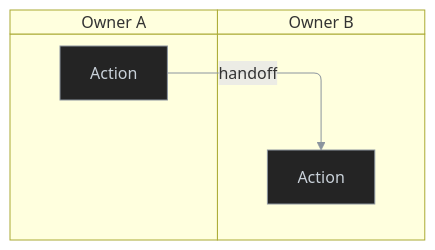
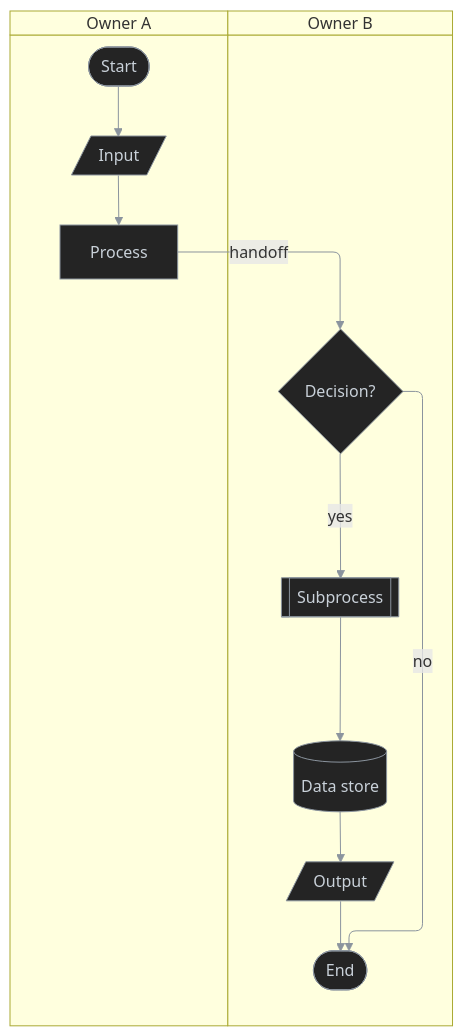
The fifth of 5 diagrams in plugins/wf/skills/behavior-diagram/templates/swimlane-diagram-template.md (antshc/brain), drawn with Mermaid before and after one commit. The commit also changed other lines of this file, not shown here.

Commit message:
Standardize swimlane flow shapes

````diff
--- a/plugins/wf/skills/behavior-diagram/templates/swimlane-diagram-template.md
+++ b/plugins/wf/skills/behavior-diagram/templates/swimlane-diagram-template.md
@@ -127,18 +136,26 @@
 ```mermaid
 %%{init: {'themeVariables': {'lineColor': '#8b949e'}}}%%
 swimlane-beta TB
   accTitle: Process responsibility
   accDescr: Shows responsibility handoffs in the process.
 
   subgraph ownerA [Owner A]
-    stepA[Action]
+    start([Start])
+    input[/Input/]
+    stepA[Process]
   end
 
   subgraph ownerB [Owner B]
-    stepB[Action]
+    decision{Decision?}
+    child[[Subprocess]]
+    store[(Data store)]
+    output[/Output/]
+    endNode([End])
   end
 
-  stepA -->|handoff| stepB
+  start --> input --> stepA -->|handoff| decision
+  decision -->|yes| child --> store --> output --> endNode
+  decision -->|no| endNode
 
   classDef default fill:#242424,stroke:#8b949e,color:#c9d1d9,stroke-width:1px
 ```
````
